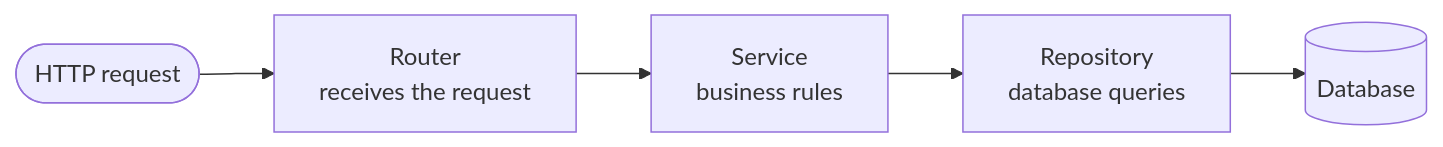
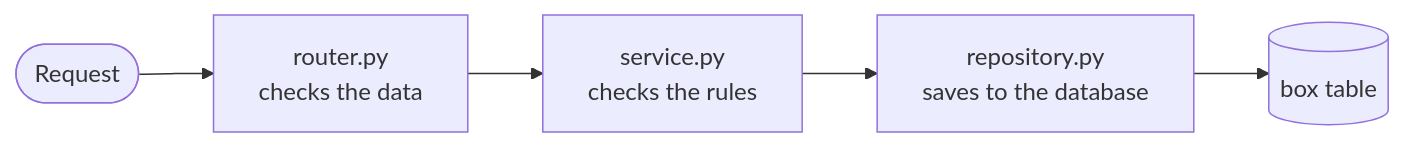
The diagram in README.md (zarints05/2311933-S5-BoxBrain), drawn with Mermaid before and after one commit. The commit also changed other lines of this file and 38 other files, not shown here.

````diff
--- a/README.md
+++ b/README.md
@@ -68,7 +74,7 @@
 ```mermaid
 flowchart LR
-    req(["HTTP request"]) --> router["Router<br/>receives the request"]
-    router --> service["Service<br/>business rules"]
-    service --> repo["Repository<br/>database queries"]
-    repo --> db[("Database")]
+    A(["Request"]) --> B["router.py<br/>checks the data"]
+    B --> C["service.py<br/>checks the rules"]
+    C --> D["repository.py<br/>saves to the database"]
+    D --> E[("box table")]
 ```
````
